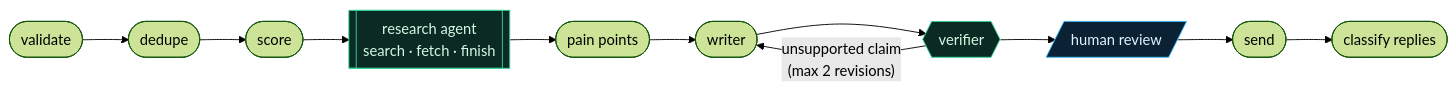
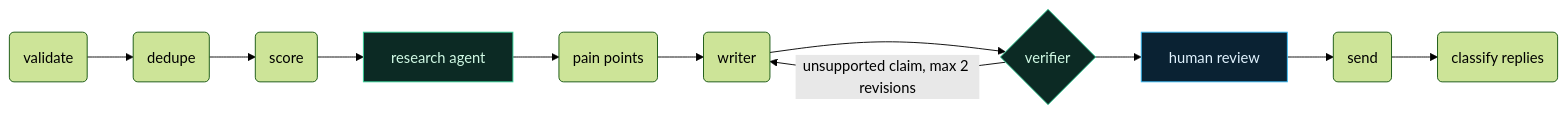
The diagram in README.md (moizkaseer/cold-outreach-agent), drawn with Mermaid (forest theme) before and after one commit.

Commit message:
README: simplify the pipeline diagram so GitHub renders it

````diff
--- a/README.md
+++ b/README.md
@@ -60,13 +60,12 @@
 ```mermaid
 flowchart LR
-    A([validate]) --> B([dedupe]) --> C([score])
-    C --> D[["research agent<br/>search · fetch · finish"]]
-    D --> E([pain points]) --> F([writer]) --> G{{verifier}}
-    G -- "unsupported claim<br/>(max 2 revisions)" --> F
-    G --> H[/human review/] --> I([send]) --> J([classify replies])
+    A(validate) --> B(dedupe) --> C(score) --> D[research agent]
+    D --> E(pain points) --> F(writer) --> G{verifier}
+    G -->|unsupported claim, max 2 revisions| F
+    G --> H[human review] --> I(send) --> J(classify replies)
 
-    classDef agent fill:#0c2a24,stroke:#34d399,color:#d1fae5;
-    classDef human fill:#0a2233,stroke:#38bdf8,color:#e0f2fe;
-    class D,G agent;
-    class H human;
+    classDef agent fill:#0c2a24,stroke:#34d399,color:#d1fae5
+    classDef human fill:#0a2233,stroke:#38bdf8,color:#e0f2fe
+    class D,G agent
+    class H human
 ```
````
